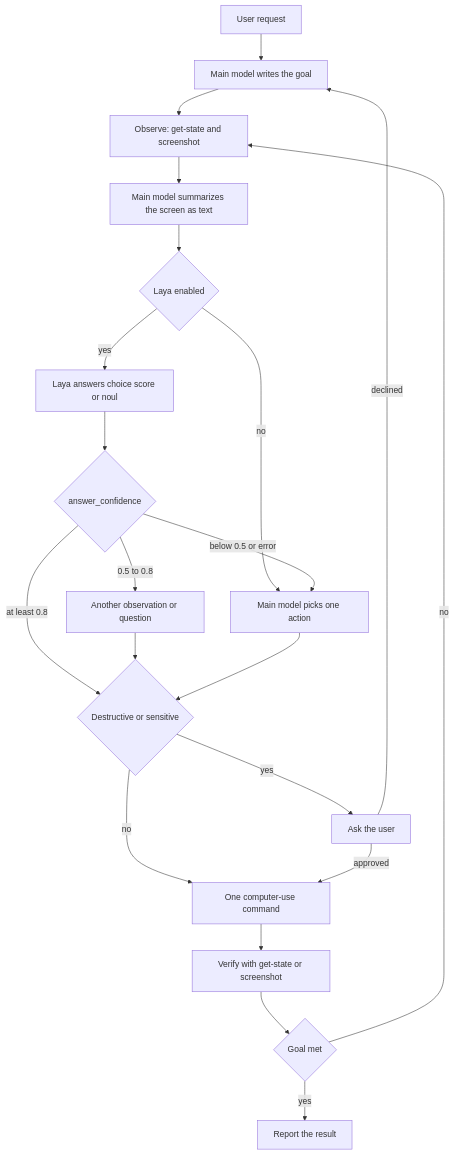
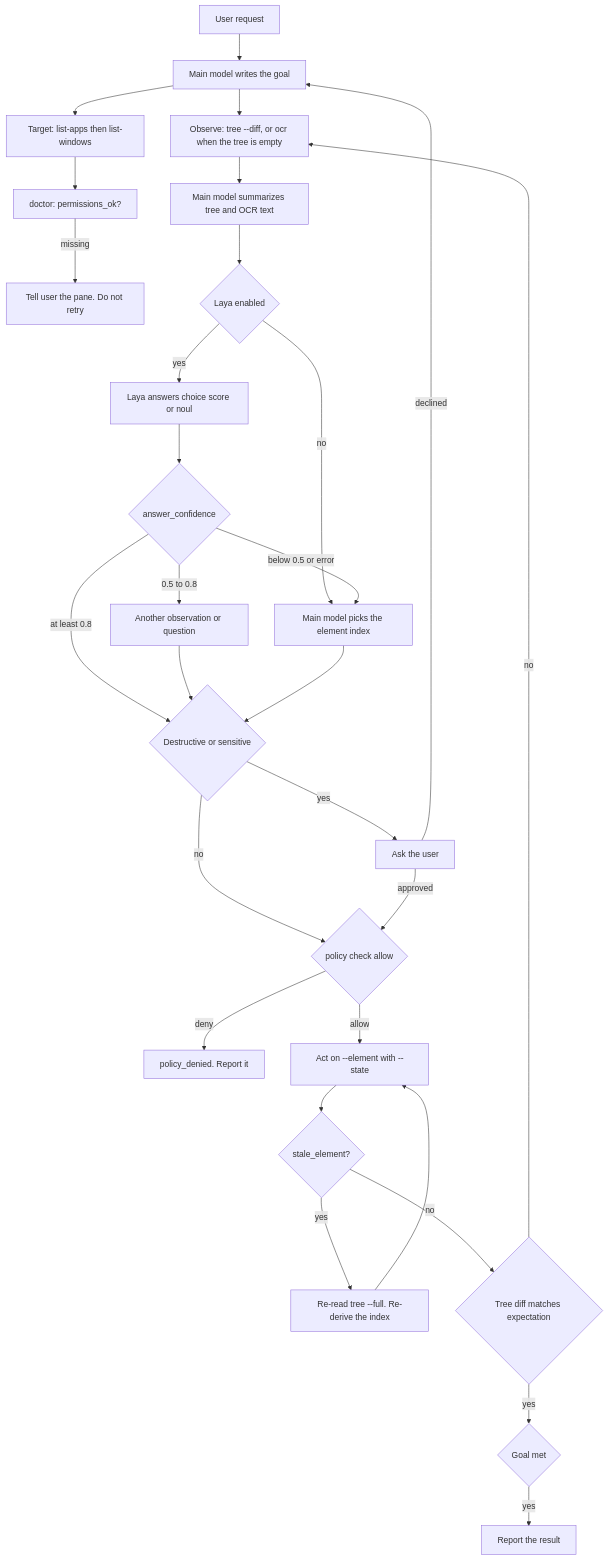
Before and after one commit to lindoelio/smart-computer-use: the diagram in skills/smart-computer-use/references/architecture.md, drawn with Mermaid. The commit also changed other lines of this file and 9 other files, not shown here.

````diff
--- a/skills/smart-computer-use/references/architecture.md
+++ b/skills/smart-computer-use/references/architecture.md
@@ -5,23 +5,31 @@
 ```mermaid
 flowchart TD
   userReq[User request] --> planner[Main model writes the goal]
-  planner --> observe[Observe: get-state and screenshot]
-  observe --> summary[Main model summarizes the screen as text]
+  planner --> target[Target: list-apps then list-windows]
+  target --> doctor0[doctor: permissions_ok?]
+  doctor0 -->|missing| stop0[Tell user the pane. Do not retry]
+  planner --> observe[Observe: tree --diff, or ocr when the tree is empty]
+  observe --> summary[Main model summarizes tree and OCR text]
   summary --> gate{Laya enabled}
-  gate -->|no| mainPick[Main model picks one action]
+  gate -->|no| mainPick[Main model picks the element index]
   gate -->|yes| layaAsk[Laya answers choice score or noul]
   layaAsk --> band{answer_confidence}
   band -->|at least 0.8| safety{Destructive or sensitive}
   band -->|0.5 to 0.8| secondLook[Another observation or question]
   band -->|below 0.5 or error| mainPick
   secondLook --> safety
   mainPick --> safety
   safety -->|yes| askUser[Ask the user]
-  safety -->|no| act[One computer-use command]
-  askUser -->|approved| act
+  safety -->|no| policy{policy check allow}
+  askUser -->|approved| policy
   askUser -->|declined| planner
-  act --> verify[Verify with get-state or screenshot]
-  verify --> goal{Goal met}
+  policy -->|deny| blocked[policy_denied. Report it]
+  policy -->|allow| act[Act on --element with --state]
+  act --> stale{stale_element?}
+  stale -->|yes| reread[Re-read tree --full. Re-derive the index]
+  reread --> act
+  stale -->|no| verify{Tree diff matches expectation}
+  verify -->|yes| goal{Goal met}
+  verify -->|no| observe
   goal -->|yes| report[Report the result]
-  goal -->|no| observe
 ```
````
